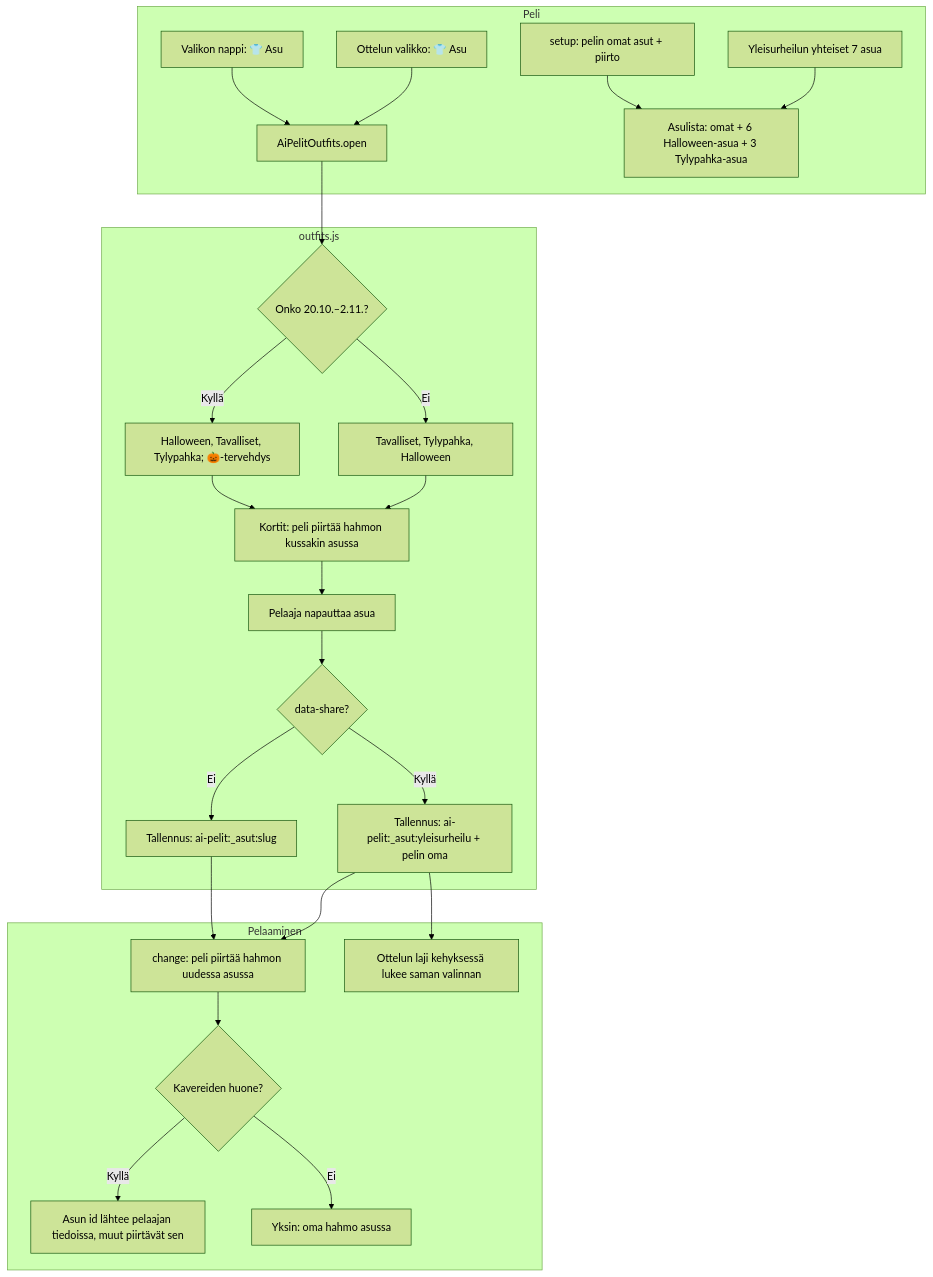
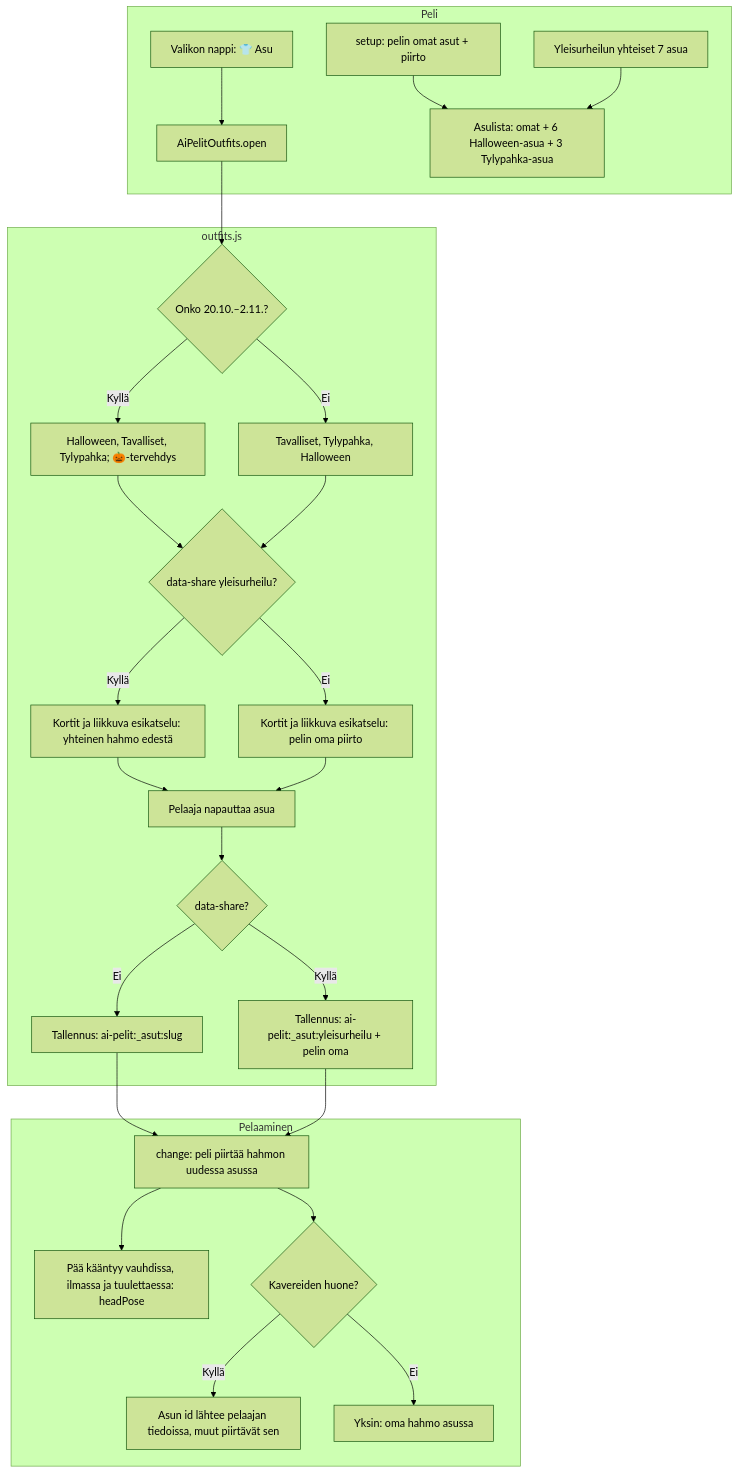
Before and after one commit to eerovil/ai-pelit: the diagram in docs/diagrams/asut.md, drawn with Mermaid (forest theme). The commit also changed other lines of this file and 83 other files, not shown here.

````diff
--- a/docs/diagrams/asut.md
+++ b/docs/diagrams/asut.md
@@ -11,34 +12,36 @@
 ```mermaid
 flowchart TD
   subgraph Peli
     A[Valikon nappi: 👕 Asu] --> B[AiPelitOutfits.open]
-    O[Ottelun valikko: 👕 Asu] --> B
     S[setup: pelin omat asut + piirto] --> L[Asulista: omat + 6 Halloween-asua + 3 Tylypahka-asua]
     Y[Yleisurheilun yhteiset 7 asua] --> L
   end
   subgraph outfits.js
     B --> Q{Onko 20.10.–2.11.?}
     Q -- Kyllä --> H[Halloween, Tavalliset, Tylypahka; 🎃-tervehdys]
     Q -- Ei --> T[Tavalliset, Tylypahka, Halloween]
-    H --> K[Kortit: peli piirtää hahmon kussakin asussa]
-    T --> K
+    H --> F{data-share yleisurheilu?}
+    T --> F
+    F -- Ei --> K[Kortit ja liikkuva esikatselu: pelin oma piirto]
+    F -- Kyllä --> FK[Kortit ja liikkuva esikatselu: yhteinen hahmo edestä]
+    FK --> P
     K --> P[Pelaaja napauttaa asua]
     P --> G{data-share?}
     G -- Ei --> V[Tallennus: ai-pelit:_asut:slug]
     G -- Kyllä --> W[Tallennus: ai-pelit:_asut:yleisurheilu + pelin oma]
   end
   subgraph Pelaaminen
     V --> C[change: peli piirtää hahmon uudessa asussa]
     W --> C
-    W --> E[Ottelun laji kehyksessä lukee saman valinnan]
+    C --> HP[Pää kääntyy vauhdissa, ilmassa ja tuulettaessa: headPose]
     C --> R{Kavereiden huone?}
     R -- Kyllä --> M[Asun id lähtee pelaajan tiedoissa, muut piirtävät sen]
     R -- Ei --> D[Yksin: oma hahmo asussa]
   end
-  class A,O,P blue
-  class S,L,K,Y violet
-  class Q,R,G amber
+  class A,P blue
+  class S,L,K,FK,Y violet
+  class Q,R,G,F amber
   class H,T teal
   class V,W green
-  class C,M,D,E rose
+  class C,M,D,HP rose
 ```
````
